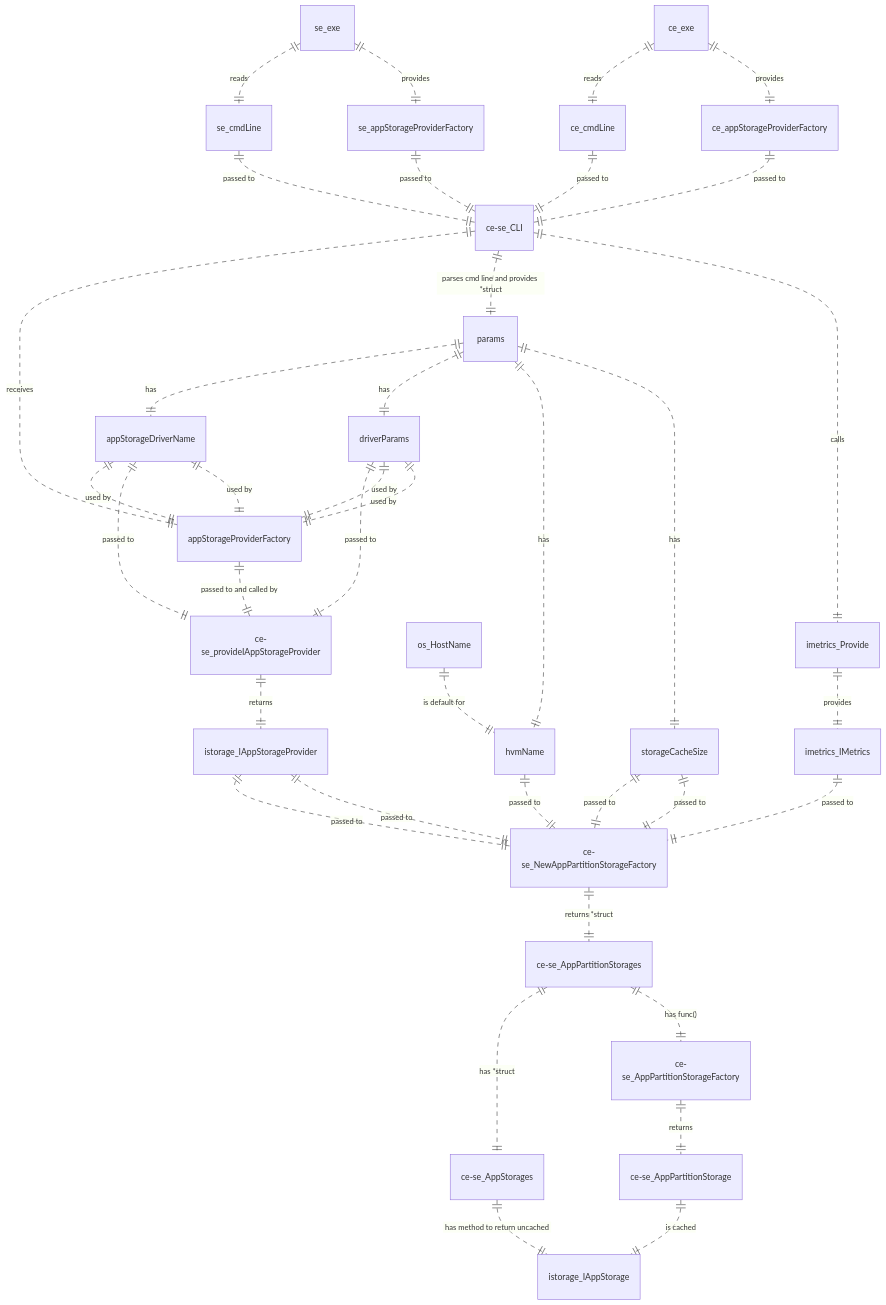
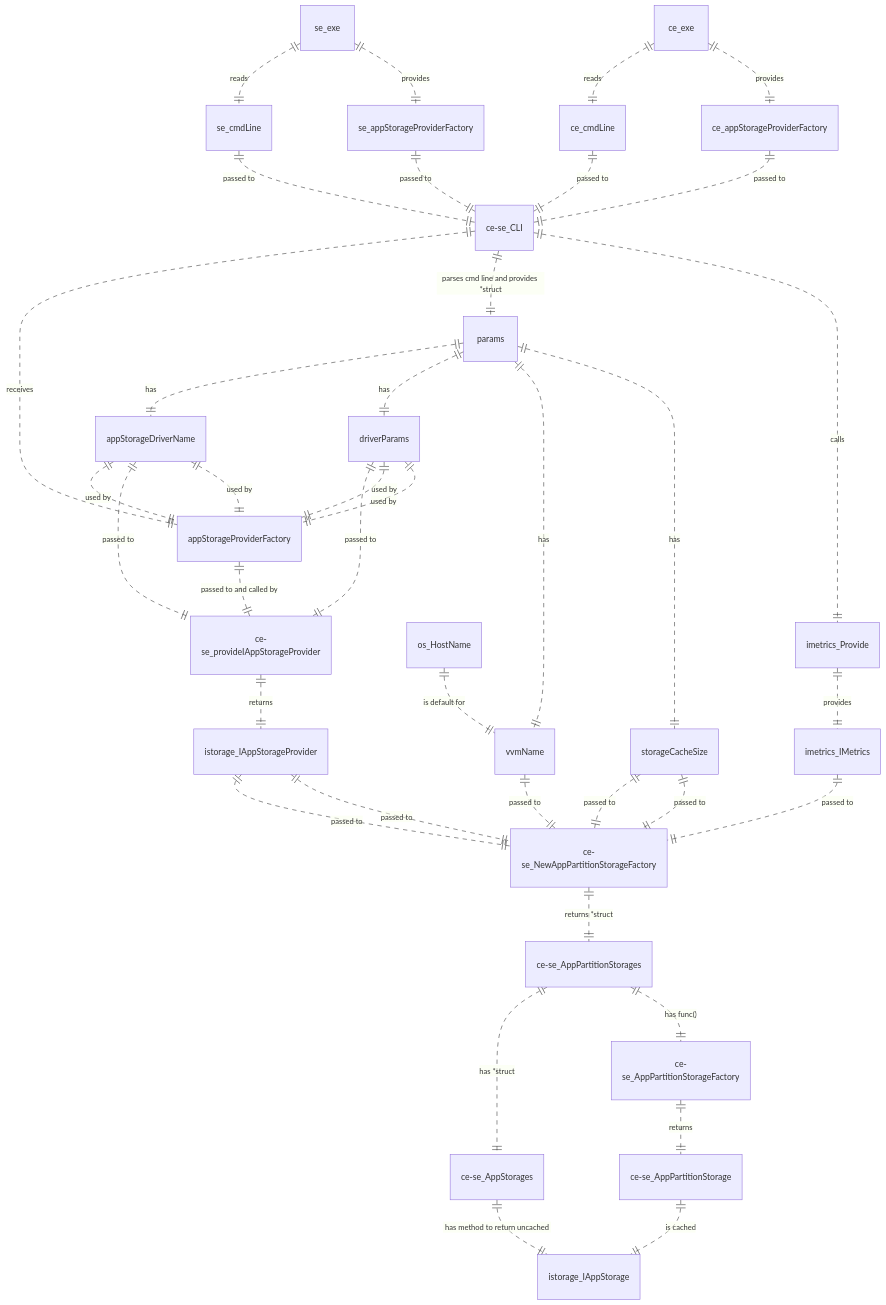
One commit to voedger/voedger changed the second of 4 diagrams in design/storage/README.md. Above: the diagram before and after it, drawn with Mermaid. The commit also changed 11 other files, not shown here.

````diff
--- a/design/storage/README.md
+++ b/design/storage/README.md
@@ -47,44 +47,44 @@
 ```mermaid
 erDiagram
 ce_exe ||..|| ce_appStorageProviderFactory : provides
 se_exe ||..|| se_appStorageProviderFactory : provides
 ce_exe ||..|| ce_cmdLine : reads
 se_exe ||..|| se_cmdLine : reads
 ce_appStorageProviderFactory ||..|| ce-se_CLI : "passed to"
 se_appStorageProviderFactory ||..|| ce-se_CLI : "passed to"
 ce_cmdLine ||..|| ce-se_CLI : "passed to"
 se_cmdLine ||..|| ce-se_CLI : "passed to"
 
 ce-se_CLI ||..|| imetrics_Provide : "calls"
 imetrics_Provide ||..|| imetrics_IMetrics : "provides"
 
 ce-se_CLI ||..|| params : "parses cmd line and provides *struct"
 params ||..|| storageCacheSize : has
-params ||..|| hvmName : has
+params ||..|| vvmName : has
 params ||..|| driverParams : has
 params ||..|| appStorageDriverName : has
-os_HostName ||..|| hvmName : "is default for"
+os_HostName ||..|| vvmName : "is default for"
 
 driverParams ||..|| appStorageProviderFactory : "used by"
 driverParams ||..|| appStorageProviderFactory : "used by"
 appStorageDriverName ||..|| appStorageProviderFactory : "used by"
 ce-se_CLI ||..|| appStorageProviderFactory : receives
 
 appStorageProviderFactory ||..|| ce-se_provideIAppStorageProvider : "passed to and called by"
 appStorageDriverName ||..|| ce-se_provideIAppStorageProvider : "passed to"
 appStorageDriverName ||..|| appStorageProviderFactory : "used by"
 driverParams ||..|| ce-se_provideIAppStorageProvider : "passed to"
 ce-se_provideIAppStorageProvider ||..|| istorage_IAppStorageProvider : returns
 istorage_IAppStorageProvider ||..|| ce-se_NewAppPartitionStorageFactory : "passed to"
 imetrics_IMetrics ||..|| ce-se_NewAppPartitionStorageFactory : "passed to"
 storageCacheSize ||..|| ce-se_NewAppPartitionStorageFactory : "passed to"
-hvmName ||..|| ce-se_NewAppPartitionStorageFactory : "passed to"
+vvmName ||..|| ce-se_NewAppPartitionStorageFactory : "passed to"
 storageCacheSize ||..|| ce-se_NewAppPartitionStorageFactory : "passed to"
 istorage_IAppStorageProvider ||..|| ce-se_NewAppPartitionStorageFactory : "passed to"
 ce-se_NewAppPartitionStorageFactory ||..|| ce-se_AppPartitionStorages : "returns *struct"
 ce-se_AppPartitionStorages ||..|| ce-se_AppPartitionStorageFactory : "has func()"
 ce-se_AppPartitionStorages ||..|| ce-se_AppStorages : "has *struct"
 ce-se_AppPartitionStorageFactory ||..|| ce-se_AppPartitionStorage : returns
 ce-se_AppPartitionStorage ||..|| istorage_IAppStorage : "is cached"
 ce-se_AppStorages ||..|| istorage_IAppStorage : "has method to return uncached"
 ```
````
